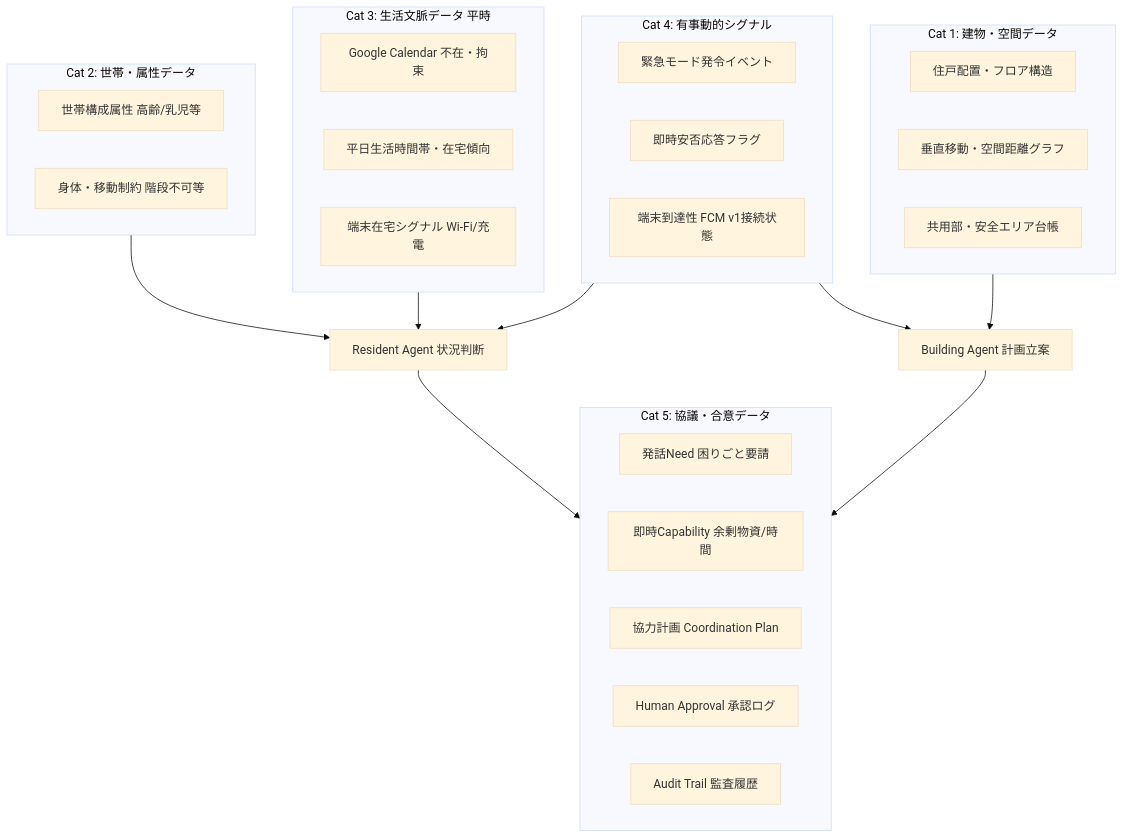
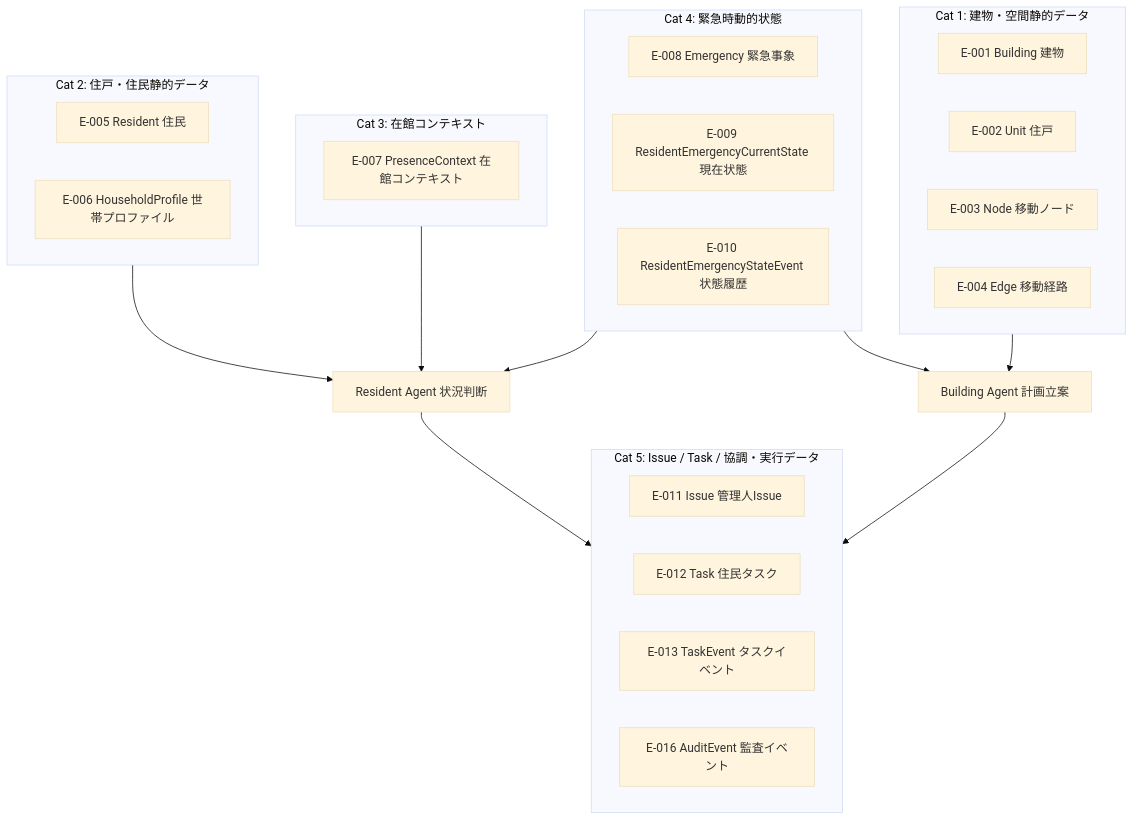
One commit to akakura-hackathon/zashikiwarashi changed the first of 7 diagrams in docs/DESIGN.md. Above: the diagram before and after it, drawn with Mermaid (base theme). The commit also changed other lines of this file and 7 other files, not shown here.

First line of the commit message:
docs: ER図を正としてデータモデル関連の設計書を整合し、機能と設計を紐づけるIDを導入

````diff
--- a/docs/DESIGN.md
+++ b/docs/DESIGN.md
@@ -28,41 +30,39 @@
 ```mermaid
 flowchart TD
-  subgraph Cat1 [Cat 1: 建物・空間データ]
-    D1_1[住戸配置・フロア構造]
-    D1_2[垂直移動・空間距離グラフ]
-    D1_3[共用部・安全エリア台帳]
+  subgraph Cat1 [Cat 1: 建物・空間静的データ]
+    E001[E-001 Building 建物]
+    E002[E-002 Unit 住戸]
+    E003[E-003 Node 移動ノード]
+    E004[E-004 Edge 移動経路]
   end
 
-  subgraph Cat2 [Cat 2: 世帯・属性データ]
-    D2_1[世帯構成属性 高齢/乳児等]
-    D2_2[身体・移動制約 階段不可等]
+  subgraph Cat2 [Cat 2: 住戸・住民静的データ]
+    E005[E-005 Resident 住民]
+    E006[E-006 HouseholdProfile 世帯プロファイル]
   end
 
-  subgraph Cat3 [Cat 3: 生活文脈データ 平時]
-    D3_1[Google Calendar 不在・拘束]
-    D3_2[平日生活時間帯・在宅傾向]
-    D3_3[端末在宅シグナル Wi-Fi/充電]
+  subgraph Cat3 [Cat 3: 在館コンテキスト]
+    E007[E-007 PresenceContext 在館コンテキスト]
   end
 
-  subgraph Cat4 [Cat 4: 有事動的シグナル]
-    D4_1[緊急モード発令イベント]
-    D4_2[即時安否応答フラグ]
-    D4_3[端末到達性 FCM v1接続状態]
+  subgraph Cat4 [Cat 4: 緊急時動的状態]
+    E008[E-008 Emergency 緊急事象]
+    E009[E-009 ResidentEmergencyCurrentState 現在状態]
+    E010[E-010 ResidentEmergencyStateEvent 状態履歴]
   end
 
-  subgraph Cat5 [Cat 5: 協議・合意データ]
-    D5_1[発話Need 困りごと要請]
-    D5_2[即時Capability 余剰物資/時間]
-    D5_3[協力計画 Coordination Plan]
-    D5_4[Human Approval 承認ログ]
-    D5_5[Audit Trail 監査履歴]
+  subgraph Cat5 [Cat 5: Issue / Task / 協調・実行データ]
+    E011[E-011 Issue 管理人Issue]
+    E012[E-012 Task 住民タスク]
+    E013[E-013 TaskEvent タスクイベント]
+    E016[E-016 AuditEvent 監査イベント]
   end
 
   Cat1 --> Coordination[Building Agent 計画立案]
   Cat2 --> ResidentAgent[Resident Agent 状況判断]
   Cat3 --> ResidentAgent
   Cat4 --> ResidentAgent
   Cat4 --> Coordination
   ResidentAgent --> Cat5
   Coordination --> Cat5
 ```
````
